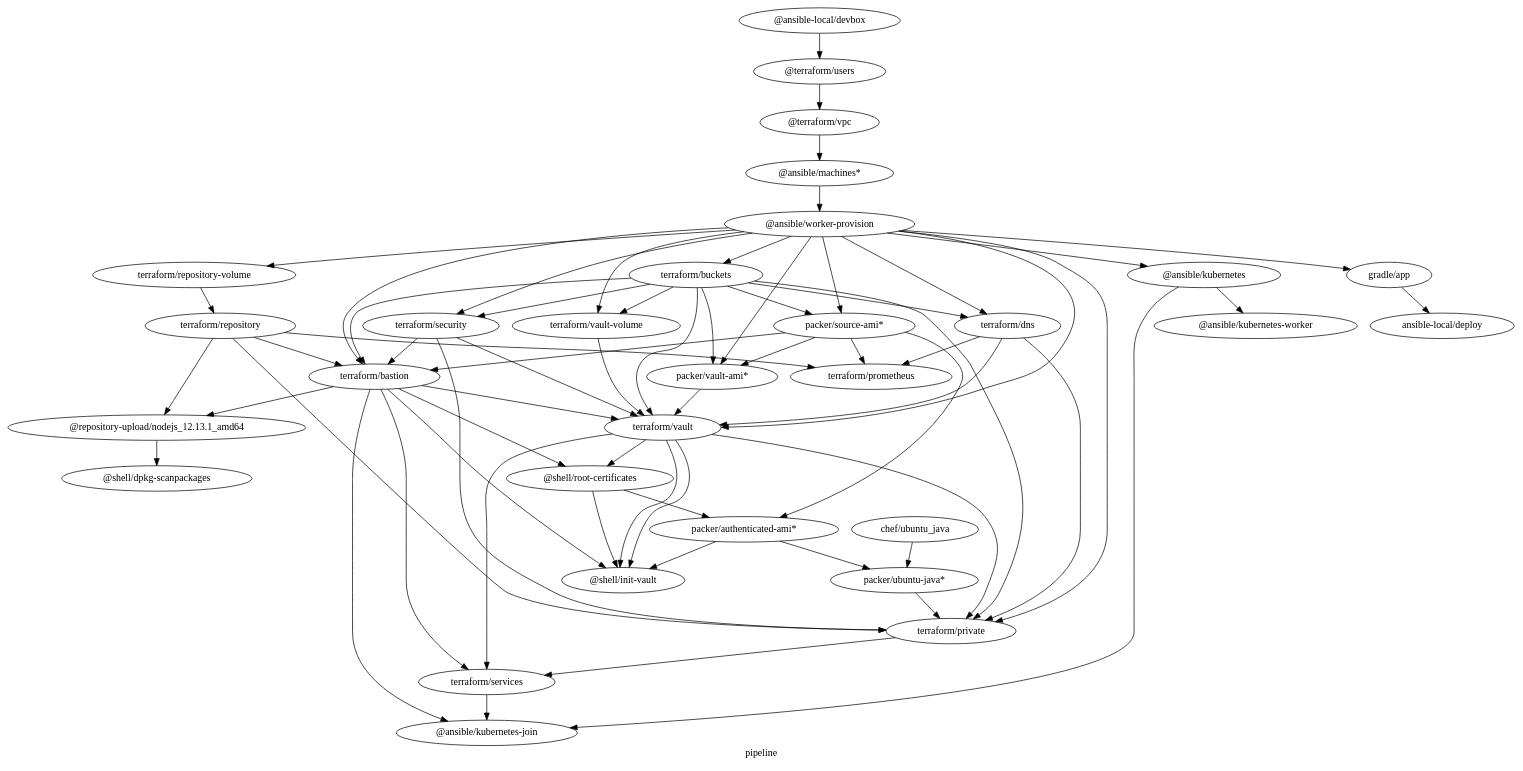
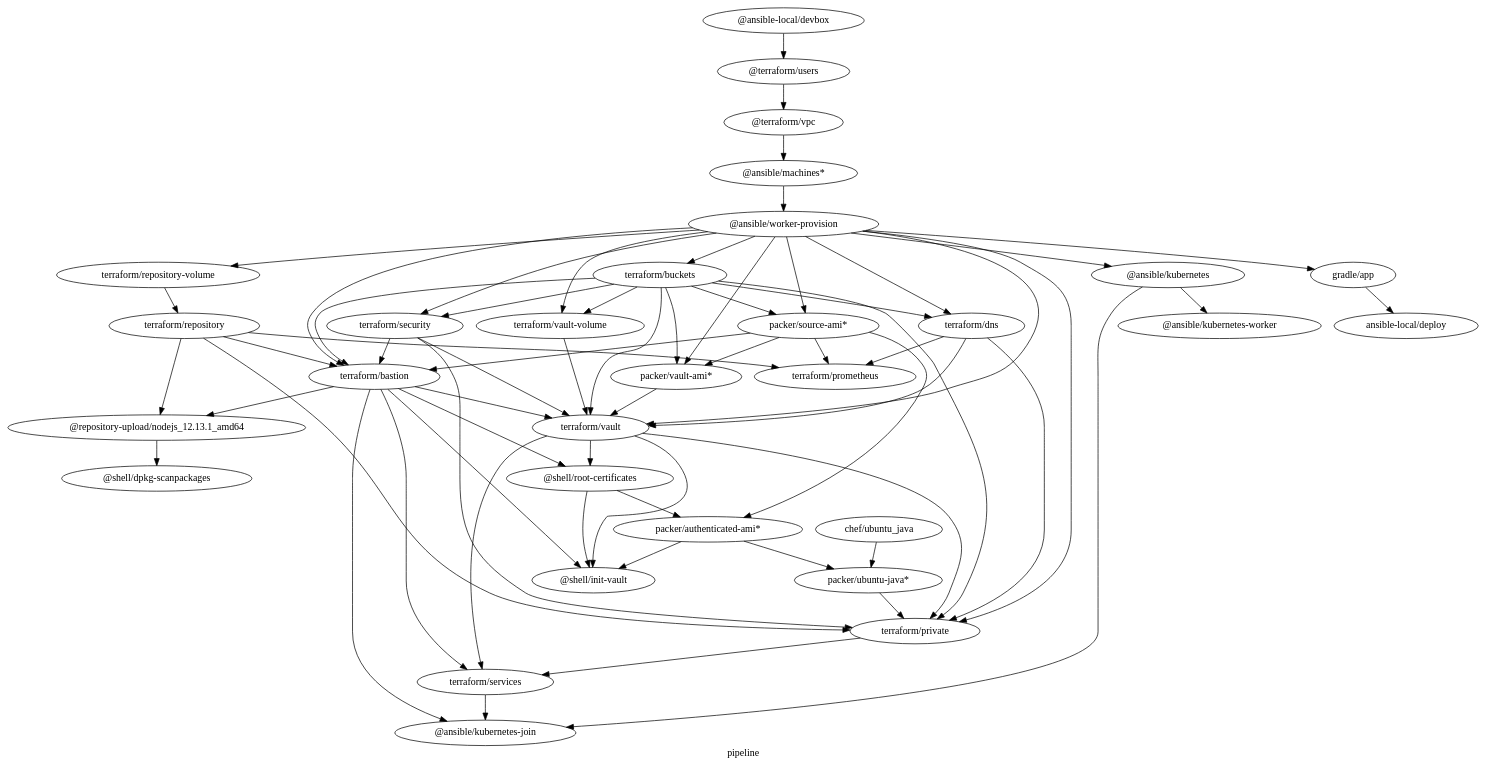
Before and after one commit to samsquire/mazzle-starter: the diagram in architecture.dot, drawn with Graphviz. The commit also changed 1 other file, not shown here.

Commit message:
Sam update architecture

```diff
--- a/architecture.dot
+++ b/architecture.dot
@@ -1,100 +1,98 @@
 digraph G {
   label="pipeline";
   rankdir=TB;
 
 
 
 "packer/source-ami*" -> { "terraform/bastion";
                           "packer/vault-ami*"
                         }
 
 "terraform/bastion" -> "@repository-upload/nodejs_12.13.1_amd64"
 "terraform/repository" -> "@repository-upload/nodejs_12.13.1_amd64"
 
 "@repository-upload/nodejs_12.13.1_amd64" -> "@shell/dpkg-scanpackages"
 
 "terraform/bastion" -> "@ansible/kubernetes-join";
 "terraform/services" -> "@ansible/kubernetes-join";
 "@ansible/kubernetes" -> "@ansible/kubernetes-join";
 
 "@ansible/worker-provision" -> "terraform/repository-volume" -> "terraform/repository";
 
 "terraform/repository" -> {
   "terraform/bastion";
   "terraform/private";
   "terraform/prometheus";
 }
 
 "gradle/app" -> "ansible-local/deploy";
 "@ansible/kubernetes" -> "@ansible/kubernetes-worker";
 "@ansible/worker-provision" -> {
   "gradle/app";
   "@ansible/kubernetes";
   "terraform/buckets";
   "terraform/vault";
   "terraform/dns";
   "terraform/bastion";
   "terraform/vault-volume";
   "packer/source-ami*";
   "terraform/security";
   "terraform/private";
   "packer/vault-ami*"
 }
 
 "terraform/buckets" -> {
   "terraform/vault";
   "terraform/dns";
   "terraform/bastion";
   "terraform/vault-volume";
   "packer/source-ami*";
   "terraform/security";
   "terraform/private";
   "packer/vault-ami*"
 }
 
 "packer/vault-ami*" -> "terraform/vault"
 
 "@terraform/vpc" -> "@ansible/machines*" -> "@ansible/worker-provision"
 
 "terraform/vault" -> "terraform/private";
 
 { "terraform/vault";
 "terraform/bastion";
 "terraform/private"; } -> "terraform/services";
 
 "terraform/vault-volume" -> "terraform/vault";
 
  "terraform/dns" -> "terraform/private";
  "terraform/dns" -> "terraform/vault";
 
 "terraform/security" -> "terraform/vault"
 
 "terraform/security" -> "terraform/bastion";
 "terraform/security" -> "terraform/private";
 
 "chef/ubuntu_java" -> "packer/ubuntu-java*";
 
 "@ansible-local/devbox" -> "@terraform/users" -> "@terraform/vpc";
 
 "terraform/bastion" -> "@shell/root-certificates";
 
 "terraform/vault" -> "@shell/root-certificates";
 "terraform/bastion" -> "terraform/vault";
 
 "terraform/bastion" -> "@shell/init-vault";
 "terraform/vault" -> "@shell/init-vault";
 
 "@shell/root-certificates" -> "packer/authenticated-ami*";
 
 "packer/ubuntu-java*" -> "terraform/private";
 
 "packer/source-ami*" -> "packer/authenticated-ami*";
 "packer/authenticated-ami*" -> "packer/ubuntu-java*";
 "packer/authenticated-ami*" -> "@shell/init-vault";
 "@shell/root-certificates" -> "@shell/init-vault";
 
-"terraform/vault" -> "@shell/init-vault";
-
  "terraform/dns" -> "terraform/prometheus";
  "packer/source-ami*" -> "terraform/prometheus";
 }
```
